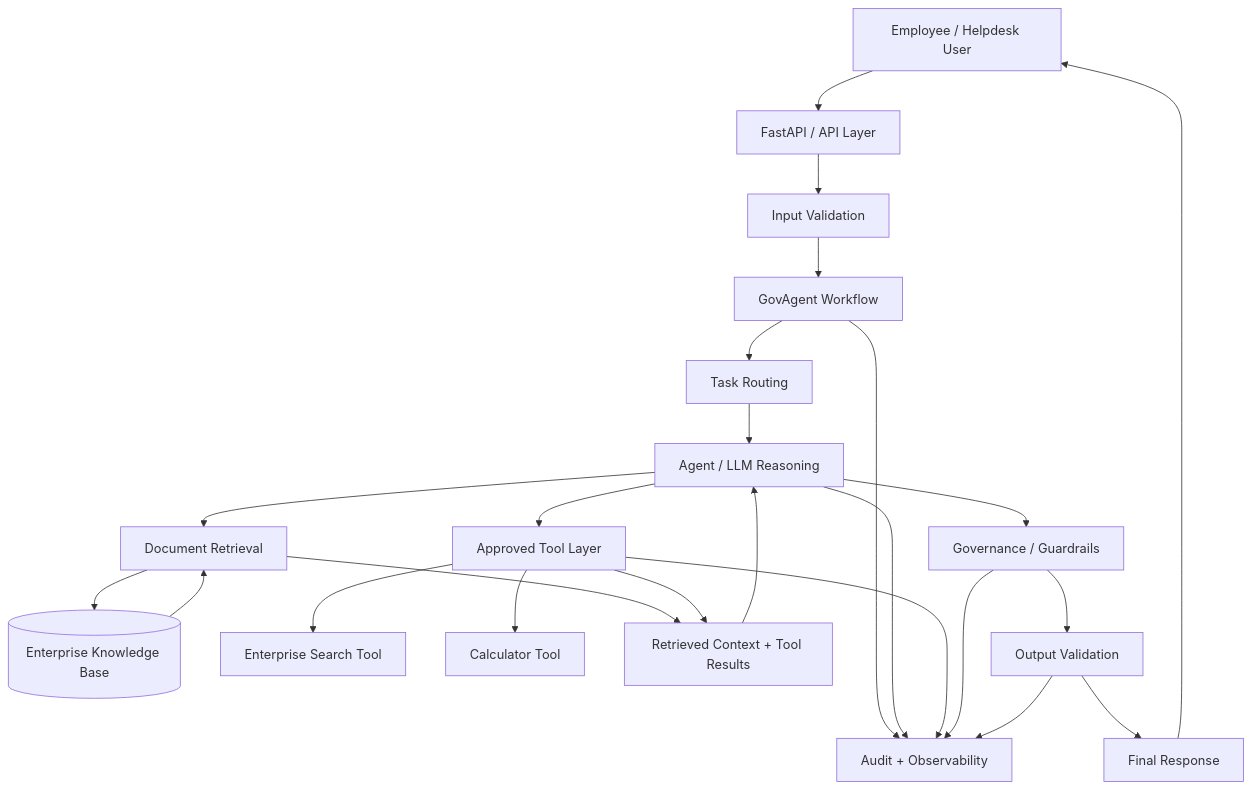
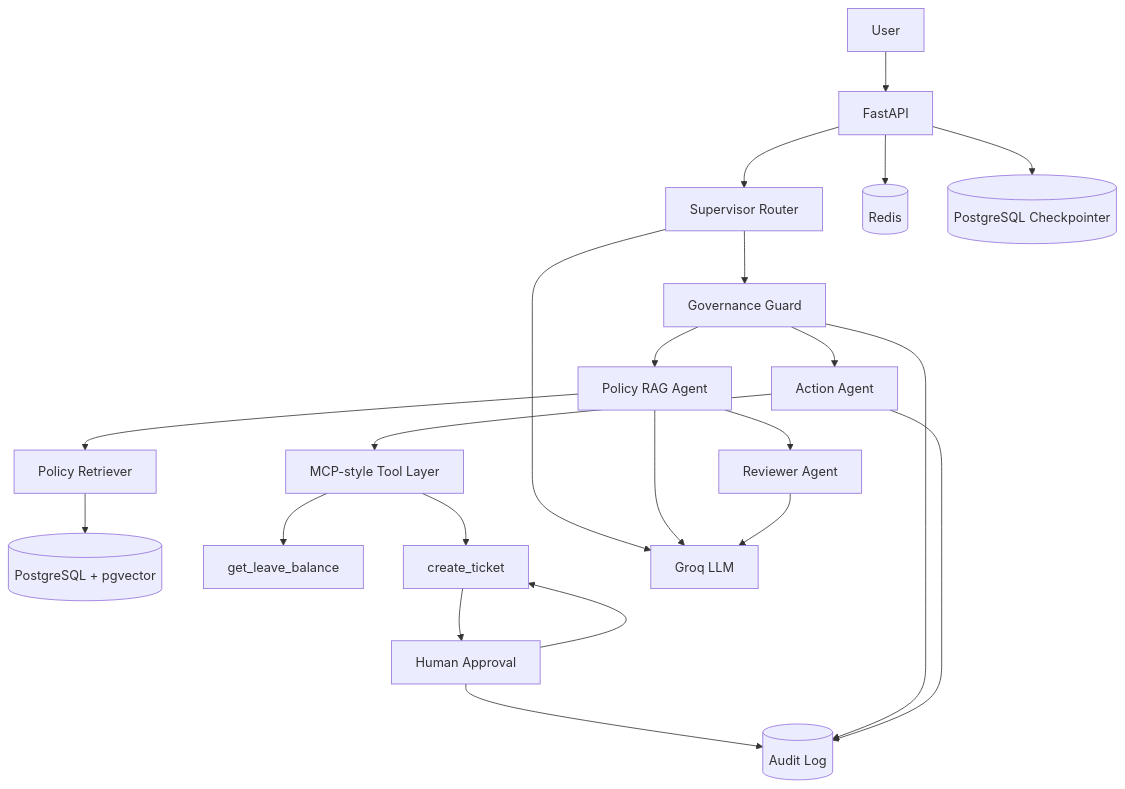
One commit to arunhari5342-afk/govagent changed the first of 3 diagrams in architecture/architecture.md. Above: the diagram before and after it, drawn with Mermaid. The commit also changed other lines of this file and 3 other files, not shown here.

Commit message:
release: GovAgent v1.0.0

````diff
--- a/architecture/architecture.md
+++ b/architecture/architecture.md
@@ -11,59 +13,66 @@
 ```mermaid
 flowchart TD
 
-    USER[Employee / Helpdesk User]
+    USER[User]
 
-    API[FastAPI / API Layer]
-    INPUT[Input Validation]
+    API[FastAPI]
 
-    WORKFLOW[GovAgent Workflow]
+    ROUTER[Supervisor Router]
 
-    AGENT[Agent / LLM Reasoning]
-    ROUTER[Task Routing]
+    GUARD[Governance Guard]
 
-    RETRIEVAL[Document Retrieval]
-    KB[(Enterprise Knowledge Base)]
+    POLICY[Policy RAG Agent]
 
-    TOOLS[Approved Tool Layer]
-    SEARCH[Enterprise Search Tool]
-    CALC[Calculator Tool]
+    RETRIEVAL[Policy Retriever]
 
-    CONTEXT[Retrieved Context + Tool Results]
+    VECTOR[(PostgreSQL + pgvector)]
 
-    GUARD[Governance / Guardrails]
-    OUTPUT[Output Validation]
+    REVIEWER[Reviewer Agent]
 
-    RESPONSE[Final Response]
+    ACTION[Action Agent]
 
-    AUDIT[Audit + Observability]
+    TOOLS[MCP-style Tool Layer]
+
+    LEAVE[get_leave_balance]
+
+    TICKET[create_ticket]
+
+    APPROVAL[Human Approval]
+
+    AUDIT[(Audit Log)]
+
+    REDIS[(Redis)]
+
+    CHECKPOINT[(PostgreSQL Checkpointer)]
+
+    LLM[Groq LLM]
 
     USER --> API
-    API --> INPUT
-    INPUT --> WORKFLOW
+    API --> ROUTER
+    ROUTER --> GUARD
 
-    WORKFLOW --> ROUTER
-    ROUTER --> AGENT
+    GUARD --> POLICY
+    GUARD --> ACTION
 
-    AGENT --> RETRIEVAL
-    RETRIEVAL --> KB
-    KB --> RETRIEVAL
+    ROUTER --> LLM
 
-    AGENT --> TOOLS
-    TOOLS --> SEARCH
-    TOOLS --> CALC
+    POLICY --> RETRIEVAL
+    RETRIEVAL --> VECTOR
+    POLICY --> LLM
+    POLICY --> REVIEWER
+    REVIEWER --> LLM
 
-    RETRIEVAL --> CONTEXT
-    TOOLS --> CONTEXT
-    CONTEXT --> AGENT
+    ACTION --> TOOLS
+    TOOLS --> LEAVE
+    TOOLS --> TICKET
 
-    AGENT --> GUARD
-    GUARD --> OUTPUT
-    OUTPUT --> RESPONSE
-    RESPONSE --> USER
+    TICKET --> APPROVAL
+    APPROVAL --> TICKET
+    APPROVAL --> AUDIT
 
-    WORKFLOW --> AUDIT
-    AGENT --> AUDIT
-    TOOLS --> AUDIT
+    API --> REDIS
+    API --> CHECKPOINT
+
     GUARD --> AUDIT
-    OUTPUT --> AUDIT
+    ACTION --> AUDIT
 ```
````
